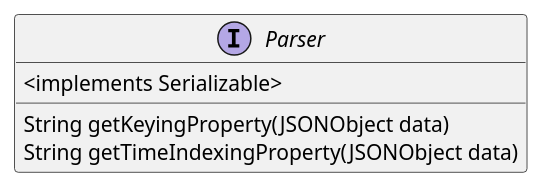
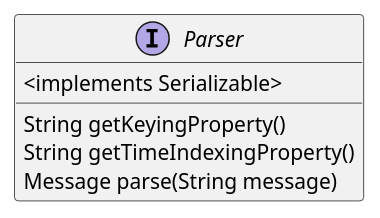
Before and after one commit to datakaveri/iudx-adaptor-framework: the diagram in docs/diagrams/Parser.puml, drawn with PlantUML. The commit also changed 11 other files, not shown here.

```diff
--- a/docs/diagrams/Parser.puml
+++ b/docs/diagrams/Parser.puml
@@ -1,7 +1,8 @@
 @startuml
 interface Parser  {
     <implements Serializable>
-  String getKeyingProperty(JSONObject data)
-  String getTimeIndexingProperty(JSONObject data)
+  String getKeyingProperty()
+  String getTimeIndexingProperty()
+  Message parse(String message)
 }
 @enduml
```
